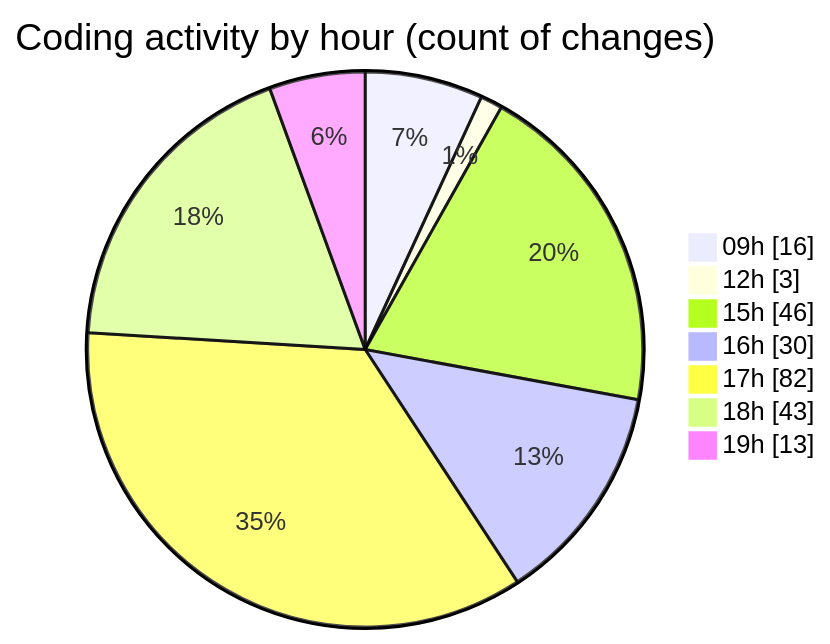
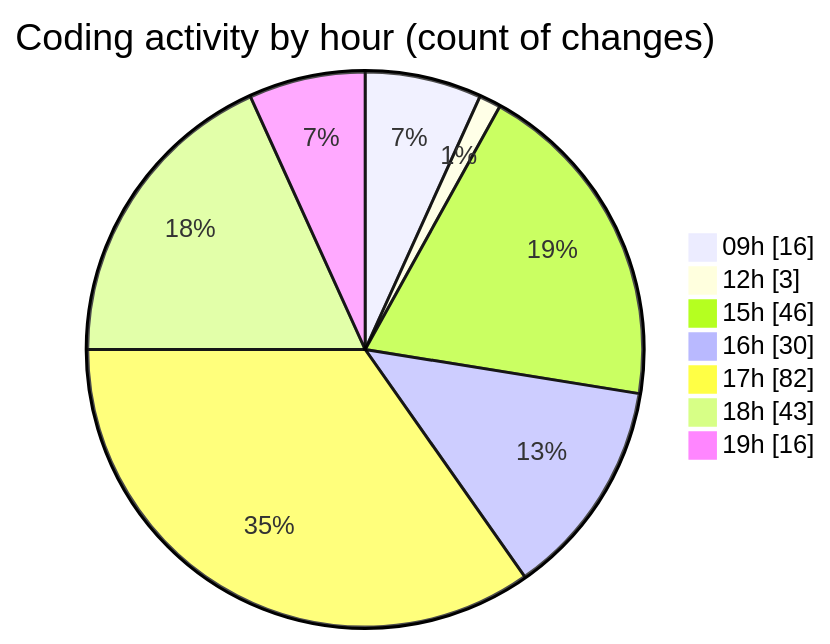
The second of 2 diagrams in 2025-07-08/cda/README.md (momahboobian/code-tracking), drawn with Mermaid before and after one commit. The commit also changed other lines of this file and 1 other file, not shown here.

````diff
--- a/2025-07-08/cda/README.md
+++ b/2025-07-08/cda/README.md
@@ -61,11 +61,11 @@
 ```mermaid
 pie showData
 title Coding activity by hour (count of changes)
 "09h" : 16
 "12h" : 3
 "15h" : 46
 "16h" : 30
 "17h" : 82
 "18h" : 43
-"19h" : 13
+"19h" : 16
 ```
````
